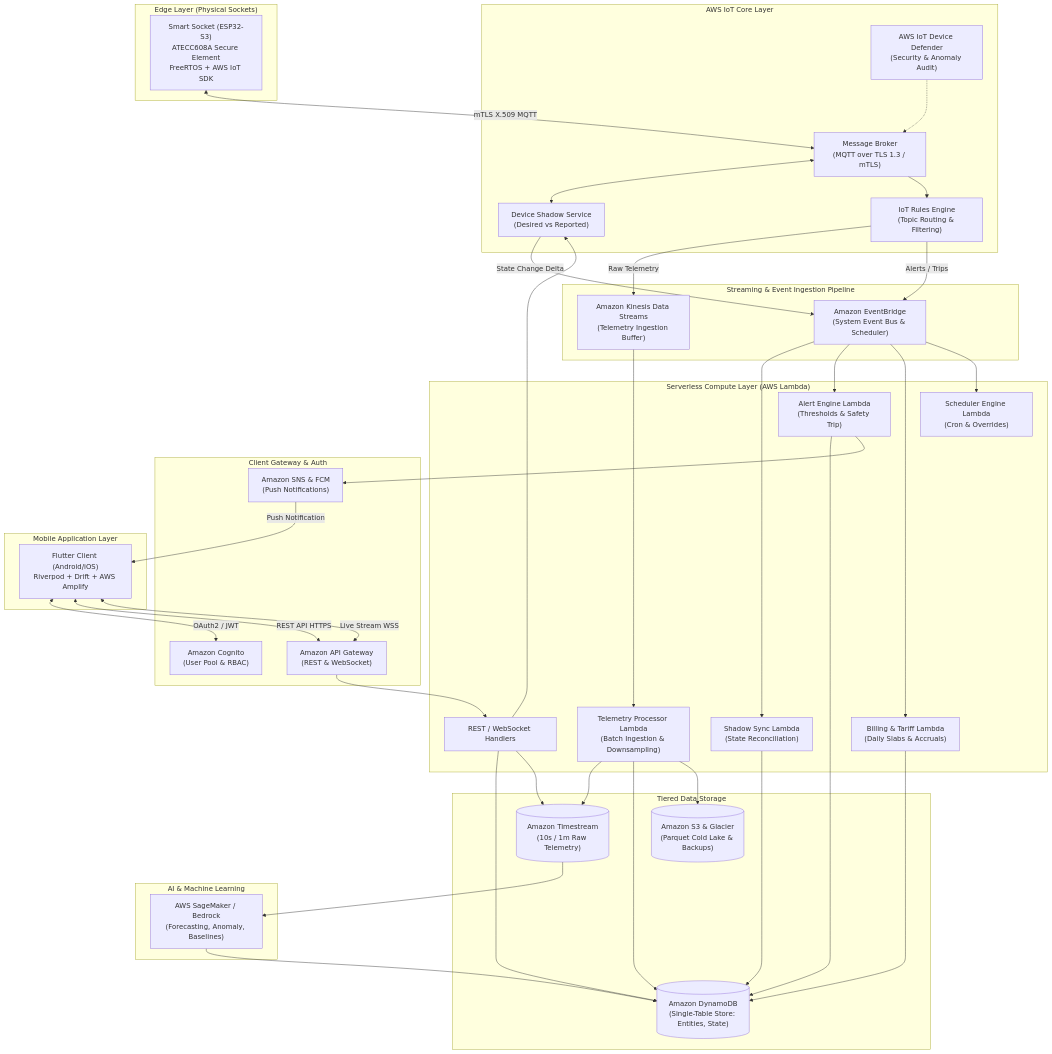
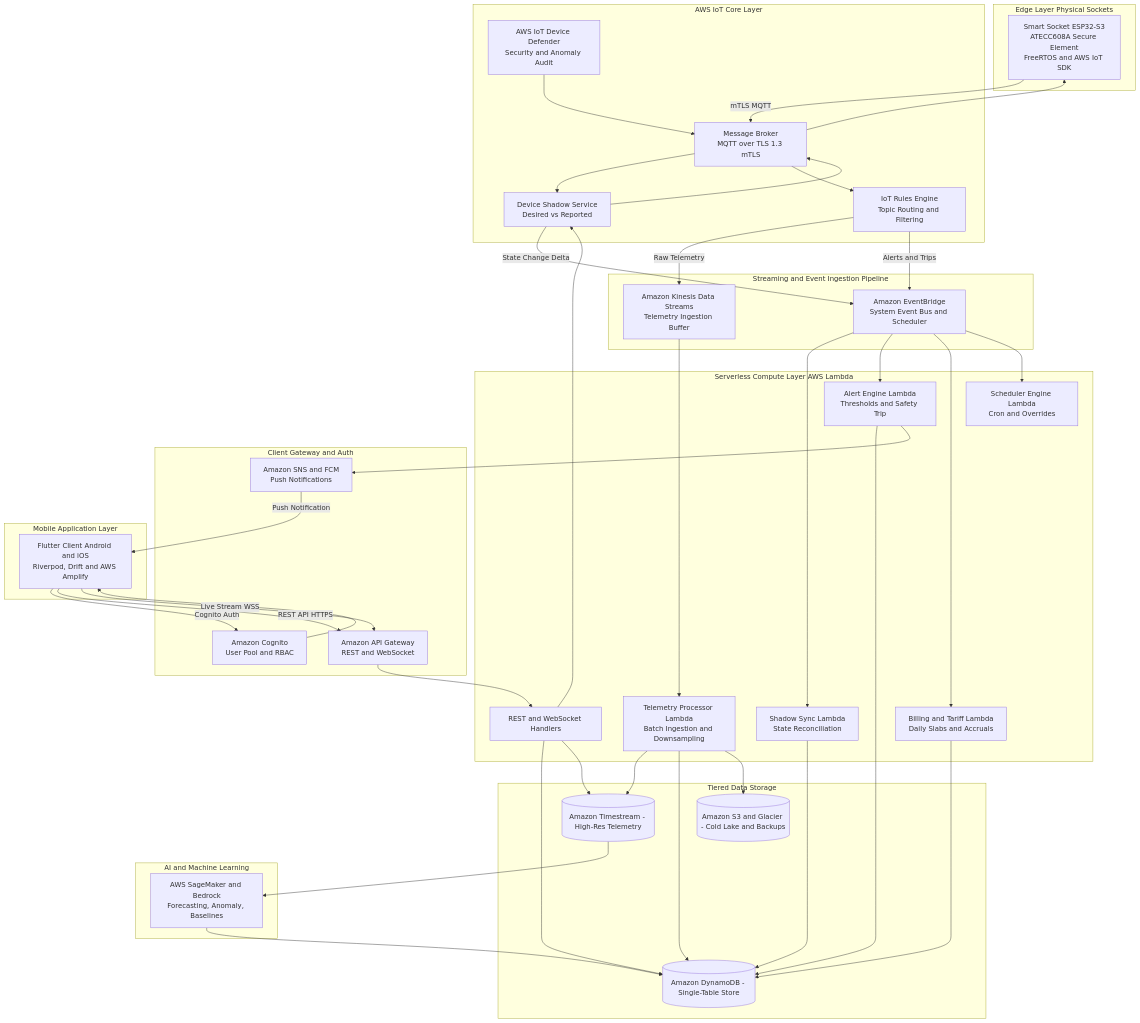
Before and after one commit to VimalChaudhary07/SEMS: the first of 11 diagrams in AWS_BACKEND_INTEGRATION_PLAN.md, drawn with Mermaid. The commit also changed other lines of this file and 5 other files, not shown here.

````diff
--- a/AWS_BACKEND_INTEGRATION_PLAN.md
+++ b/AWS_BACKEND_INTEGRATION_PLAN.md
@@ -27,69 +27,67 @@
 ```mermaid
 flowchart TB
-    subgraph Edge["Edge Layer (Physical Sockets)"]
-        ESP32["Smart Socket (ESP32-S3)<br/>ATECC608A Secure Element<br/>FreeRTOS + AWS IoT SDK"]
+    subgraph Edge["Edge Layer Physical Sockets"]
+        ESP32["Smart Socket ESP32-S3<br/>ATECC608A Secure Element<br/>FreeRTOS and AWS IoT SDK"]
     end
 
     subgraph IoTCore["AWS IoT Core Layer"]
-        Broker["Message Broker<br/>(MQTT over TLS 1.3 / mTLS)"]
-        Shadow["Device Shadow Service<br/>(Desired vs Reported)"]
-        Rules["IoT Rules Engine<br/>(Topic Routing & Filtering)"]
-        Defender["AWS IoT Device Defender<br/>(Security & Anomaly Audit)"]
+        Broker["Message Broker<br/>MQTT over TLS 1.3 mTLS"]
+        Shadow["Device Shadow Service<br/>Desired vs Reported"]
+        Rules["IoT Rules Engine<br/>Topic Routing and Filtering"]
+        Defender["AWS IoT Device Defender<br/>Security and Anomaly Audit"]
     end
 
-    subgraph Ingestion["Streaming & Event Ingestion Pipeline"]
-        Kinesis["Amazon Kinesis Data Streams<br/>(Telemetry Ingestion Buffer)"]
-        EventBridge["Amazon EventBridge<br/>(System Event Bus & Scheduler)"]
+    subgraph Ingestion["Streaming and Event Ingestion Pipeline"]
+        Kinesis["Amazon Kinesis Data Streams<br/>Telemetry Ingestion Buffer"]
+        EventBridge["Amazon EventBridge<br/>System Event Bus and Scheduler"]
     end
 
-    subgraph Processing["Serverless Compute Layer (AWS Lambda)"]
-        L_Telemetry["Telemetry Processor Lambda<br/>(Batch Ingestion & Downsampling)"]
-        L_Shadow["Shadow Sync Lambda<br/>(State Reconciliation)"]
-        L_Alerts["Alert Engine Lambda<br/>(Thresholds & Safety Trip)"]
-        L_Billing["Billing & Tariff Lambda<br/>(Daily Slabs & Accruals)"]
-        L_Sched["Scheduler Engine Lambda<br/>(Cron & Overrides)"]
-        L_API["REST / WebSocket Handlers"]
+    subgraph Processing["Serverless Compute Layer AWS Lambda"]
+        L_Telemetry["Telemetry Processor Lambda<br/>Batch Ingestion and Downsampling"]
+        L_Shadow["Shadow Sync Lambda<br/>State Reconciliation"]
+        L_Alerts["Alert Engine Lambda<br/>Thresholds and Safety Trip"]
+        L_Billing["Billing and Tariff Lambda<br/>Daily Slabs and Accruals"]
+        L_Sched["Scheduler Engine Lambda<br/>Cron and Overrides"]
+        L_API["REST and WebSocket Handlers"]
     end
 
     subgraph Storage["Tiered Data Storage"]
-        Timestream[("Amazon Timestream<br/>(10s / 1m Raw Telemetry)")]
-        DynamoDB[("Amazon DynamoDB<br/>(Single-Table Store: Entities, State)")]
-        S3_Lake[("Amazon S3 & Glacier<br/>(Parquet Cold Lake & Backups)")]
+        Timestream[("Amazon Timestream - High-Res Telemetry")]
+        DynamoDB[("Amazon DynamoDB - Single-Table Store")]
+        S3_Lake[("Amazon S3 and Glacier - Cold Lake and Backups")]
     end
 
-    subgraph AI_Engine["AI & Machine Learning"]
-        SageMaker["AWS SageMaker / Bedrock<br/>(Forecasting, Anomaly, Baselines)"]
+    subgraph AI_Engine["AI and Machine Learning"]
+        SageMaker["AWS SageMaker and Bedrock<br/>Forecasting, Anomaly, Baselines"]
     end
 
-    subgraph AppGateway["Client Gateway & Auth"]
-        Cognito["Amazon Cognito<br/>(User Pool & RBAC)"]
-        APIGW["Amazon API Gateway<br/>(REST & WebSocket)"]
-        SNS["Amazon SNS & FCM<br/>(Push Notifications)"]
+    subgraph AppGateway["Client Gateway and Auth"]
+        Cognito["Amazon Cognito<br/>User Pool and RBAC"]
+        APIGW["Amazon API Gateway<br/>REST and WebSocket"]
+        SNS["Amazon SNS and FCM<br/>Push Notifications"]
     end
 
     subgraph Client["Mobile Application Layer"]
-        Flutter["Flutter Client (Android/iOS)<br/>Riverpod + Drift + AWS Amplify"]
+        Flutter["Flutter Client Android and iOS<br/>Riverpod, Drift and AWS Amplify"]
     end
 
-    %% Edge Connections
-    ESP32 <-->|mTLS X.509 MQTT| Broker
-    Broker <--> Shadow
+    ESP32 -->|mTLS MQTT| Broker
+    Broker --> ESP32
+    Broker --> Shadow
+    Shadow --> Broker
     Broker --> Rules
-    Defender -.-> Broker
+    Defender --> Broker
 
-    %% Rules Routing
     Rules -->|Raw Telemetry| Kinesis
-    Rules -->|Alerts / Trips| EventBridge
+    Rules -->|Alerts and Trips| EventBridge
     Shadow -->|State Change Delta| EventBridge
 
-    %% Ingestion to Compute
     Kinesis --> L_Telemetry
     EventBridge --> L_Shadow
     EventBridge --> L_Alerts
     EventBridge --> L_Billing
     EventBridge --> L_Sched
 
-    %% Compute to Storage & AI
     L_Telemetry --> Timestream
     L_Telemetry --> DynamoDB
     L_Telemetry --> S3_Lake
@@ -100,10 +98,10 @@
     Timestream --> SageMaker
     SageMaker --> DynamoDB
 
-    %% Client API Path
-    Flutter <-->|OAuth2 / JWT| Cognito
-    Flutter <-->|REST API HTTPS| APIGW
-    Flutter <-->|Live Stream WSS| APIGW
+    Flutter -->|Cognito Auth| Cognito
+    Cognito --> Flutter
+    Flutter -->|REST API HTTPS| APIGW
+    Flutter -->|Live Stream WSS| APIGW
     APIGW --> L_API
     L_API --> DynamoDB
     L_API --> Timestream
````
